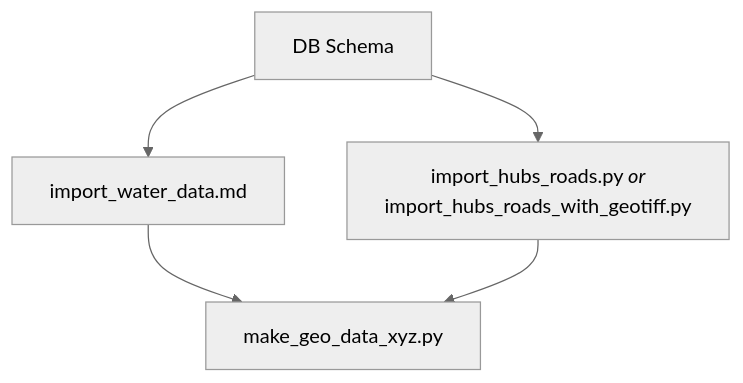
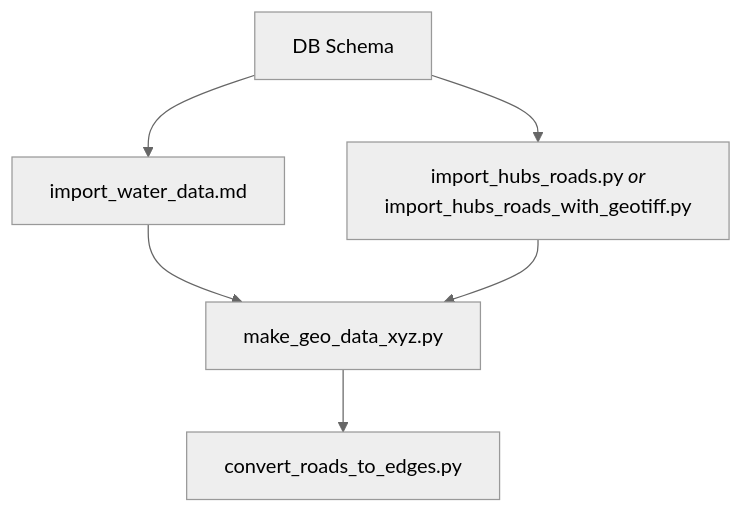
Before and after one commit to Simulation-of-Traffic-and-Transport/SiTT: the diagram in precalculation/README.md, drawn with Mermaid (neutral theme). The commit also changed other lines of this file and 6 other files, not shown here.

Commit message:
Multiple fixes, added converter for road to edges. First important step to new graph system.

````diff
--- a/precalculation/README.md
+++ b/precalculation/README.md
@@ -9,14 +9,17 @@
 ```mermaid
 flowchart TD
     schema["DB Schema"]
     water["import_water_data.md"]
     hubs_roads["`import_hubs_roads.py *or*
     import_hubs_roads_with_geotiff.py`"]
     geo_data["make_geo_data_xyz.py"]
+    convert_roads["convert_roads_to_edges.py"]
     
     schema --> water
     schema --> hubs_roads
     
     water --> geo_data
     hubs_roads --> geo_data
+    
+    geo_data --> convert_roads
 ```
````
